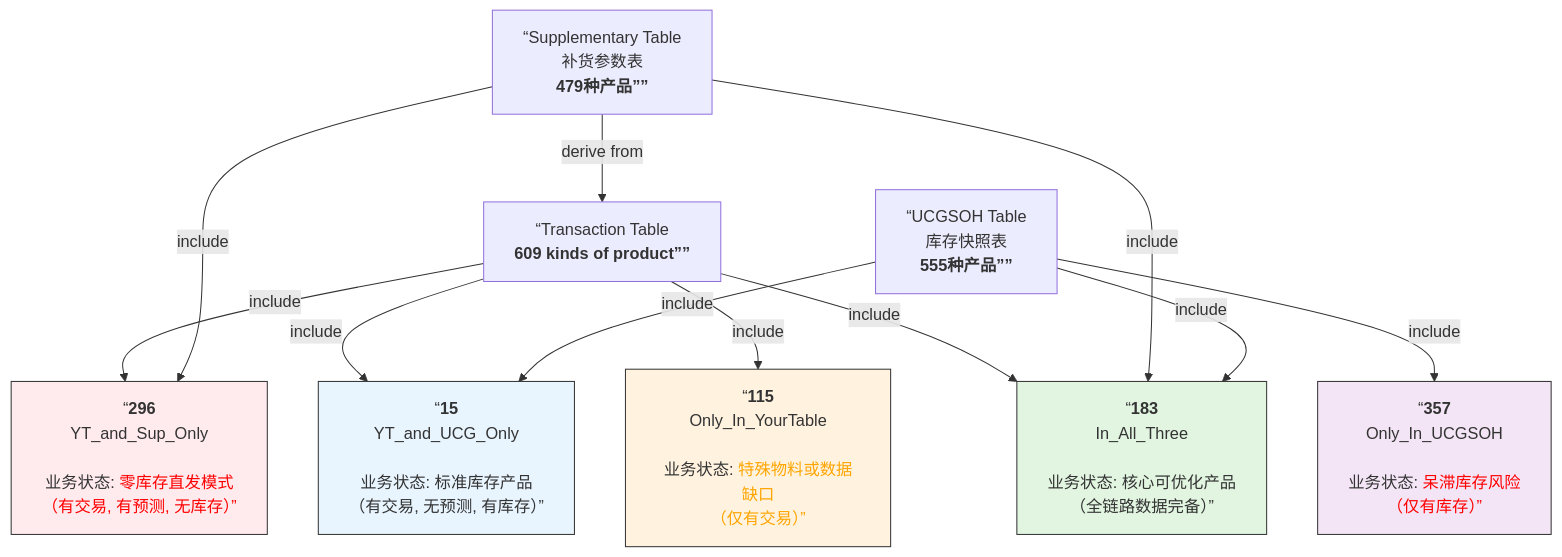
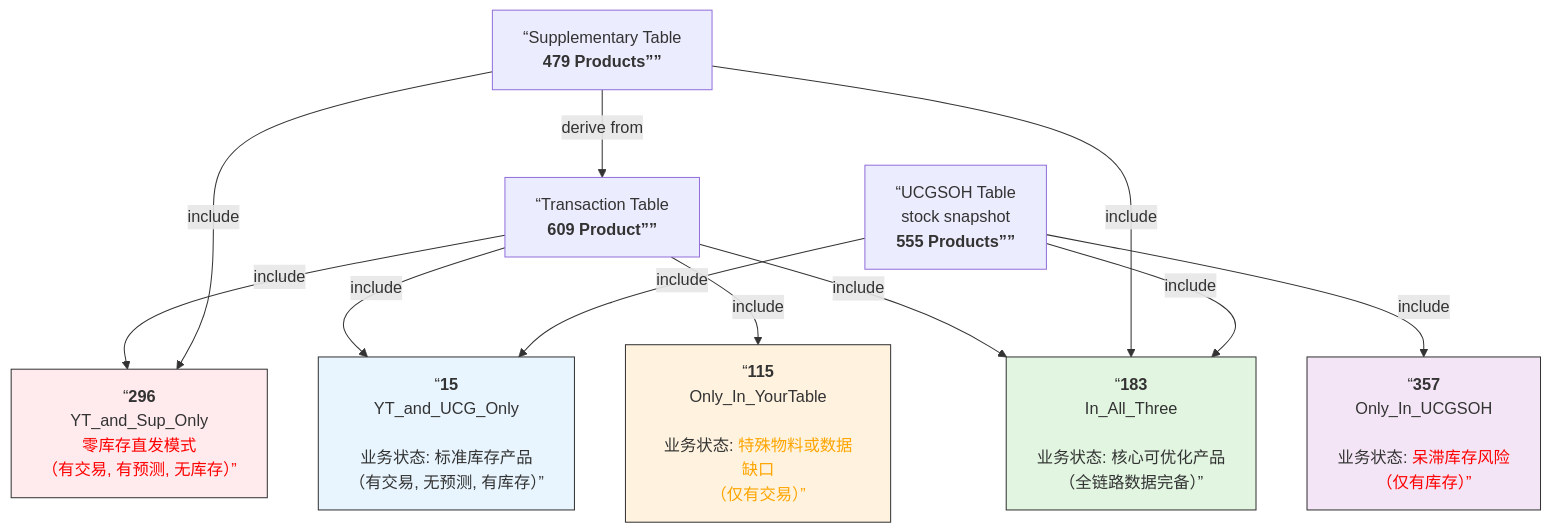
One commit to Inessa-YG/Marketing changed the diagram in Telecommunication/Table relationships by productcode.md. Above: the diagram before and after it, drawn with Mermaid.

Commit message:
Fix product descriptions in flowchart

````diff
--- a/Telecommunication/Table relationships by productcode.md
+++ b/Telecommunication/Table relationships by productcode.md
@@ -1,37 +1,37 @@
 ```mermaid
 flowchart TD
-    A[“Transaction Table<br><b>609 kinds of product””]
+    A[“Transaction Table<br><b>609 Product””]
 
-    B[“Supplementary Table<br>补货参数表<br><b>479种产品””]
+    B[“Supplementary Table<br><b>479 Products””]
 
-    C[“UCGSOH Table<br>库存快照表<br><b>555种产品””]
+    C[“UCGSOH Table<br>stock snapshot<br><b>555 Products””]
 
-    AB[“<b>296</b><br>YT_and_Sup_Only<br><br>业务状态: <font color=red>零库存直发模式<br>（有交易, 有预测, 无库存）”]
+    AB[“<b>296</b><br>YT_and_Sup_Only<br><font color=red>零库存直发模式<br>（有交易, 有预测, 无库存）”]
 
     AC[“<b>15</b><br>YT_and_UCG_Only<br><br>业务状态: 标准库存产品<br>（有交易, 无预测, 有库存）”]
 
     A_Only[“<b>115</b><br>Only_In_YourTable<br><br>业务状态: <font color=orange>特殊物料或数据缺口<br>（仅有交易）”]
 
     C_Only[“<b>357</b><br>Only_In_UCGSOH<br><br>业务状态: <font color=red>呆滞库存风险<br>（仅有库存）”]
 
     ABC[“<b>183</b><br>In_All_Three<br><br>业务状态: 核心可优化产品<br>（全链路数据完备）”]
 
     A -->|include| AB
     A -->|include| AC
     A -->|include| A_Only
     A -->|include| ABC
 
     B -->|derive from| A
     B -->|include| AB
     B -->|include| ABC
 
     C -->|include| AC
     C -->|include| C_Only
     C -->|include| ABC
 
     style ABC fill:#e1f5e1,stroke:#333
     style AB fill:#ffebee,stroke:#333
     style A_Only fill:#fff3e0,stroke:#333
     style C_Only fill:#f3e5f5,stroke:#333
     style AC fill:#e8f5fe,stroke:#333
 ```
````
